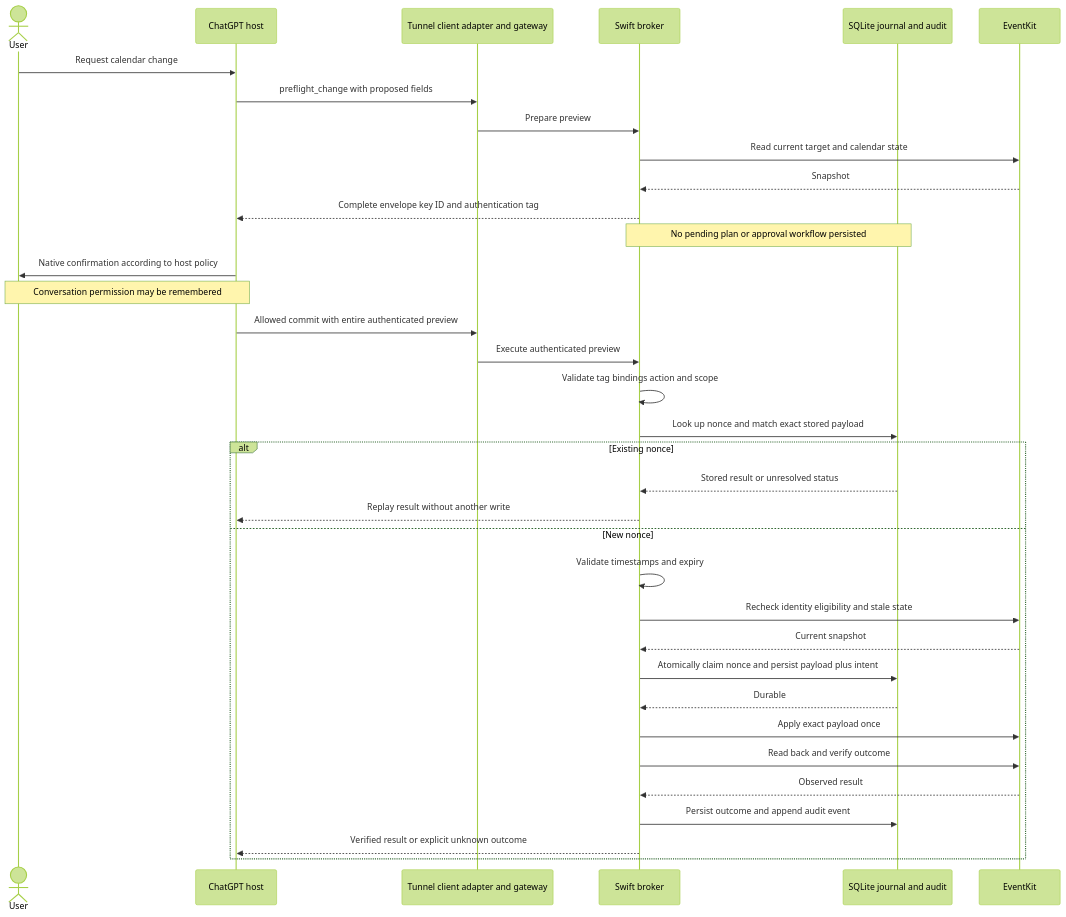
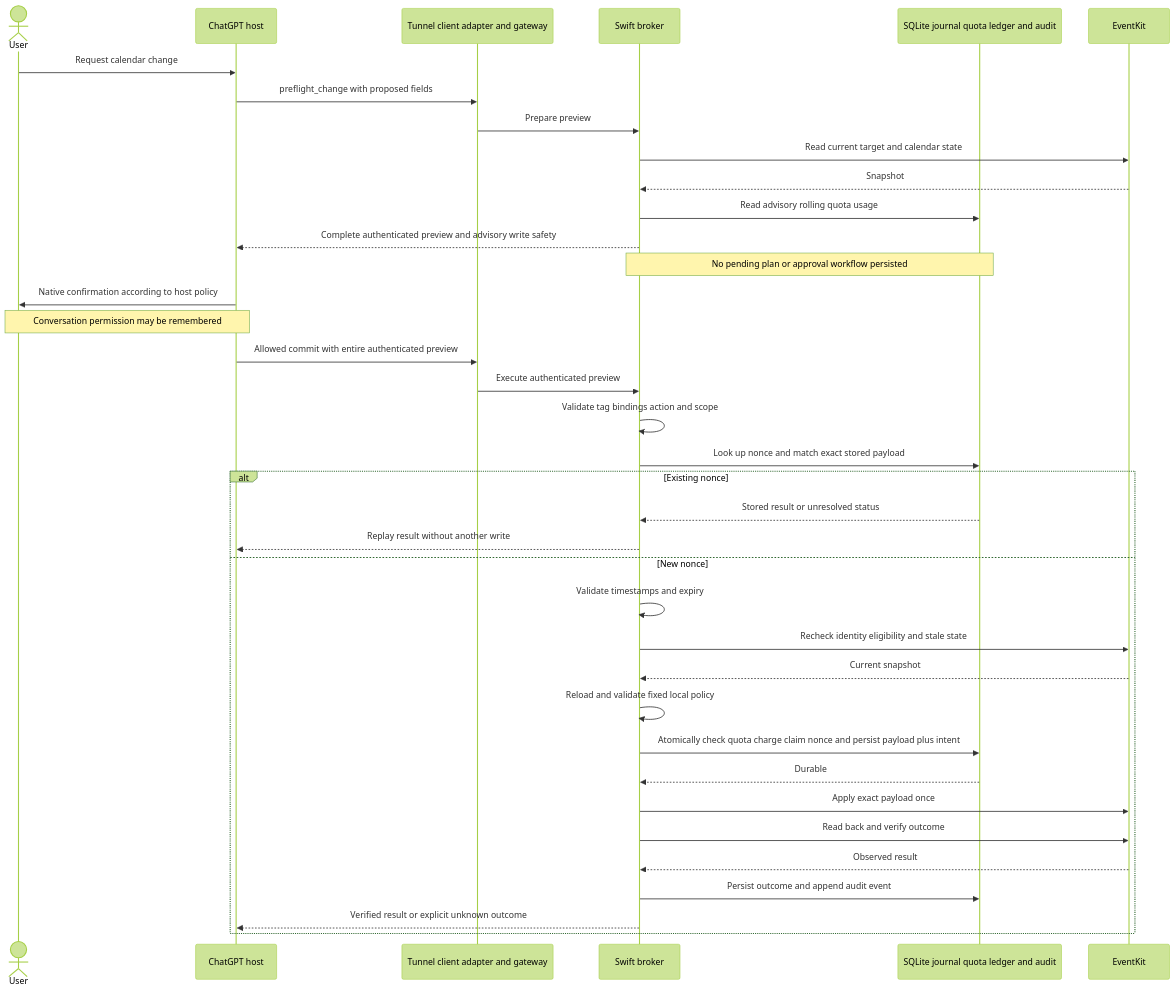
Before and after one commit to rmilkowski/icloud-calendar-mcp: the second of 3 diagrams in docs/architecture.md, drawn with Mermaid (forest theme). The commit also changed other lines of this file and 11 other files, not shown here.

````diff
--- a/docs/architecture.md
+++ b/docs/architecture.md
@@ -143,37 +169,39 @@
 ```mermaid
 sequenceDiagram
     actor User
     participant Host as ChatGPT host
     participant MCP as Tunnel client adapter and gateway
     participant Broker as Swift broker
-    participant DB as SQLite journal and audit
+    participant DB as SQLite journal quota ledger and audit
     participant EK as EventKit
     User->>Host: Request calendar change
     Host->>MCP: preflight_change with proposed fields
     MCP->>Broker: Prepare preview
     Broker->>EK: Read current target and calendar state
     EK-->>Broker: Snapshot
-    Broker-->>Host: Complete envelope key ID and authentication tag
+    Broker->>DB: Read advisory rolling quota usage
+    Broker-->>Host: Complete authenticated preview and advisory write safety
     Note over Broker,DB: No pending plan or approval workflow persisted
     Host->>User: Native confirmation according to host policy
     Note over User,Host: Conversation permission may be remembered
     Host->>MCP: Allowed commit with entire authenticated preview
     MCP->>Broker: Execute authenticated preview
     Broker->>Broker: Validate tag bindings action and scope
     Broker->>DB: Look up nonce and match exact stored payload
     alt Existing nonce
         DB-->>Broker: Stored result or unresolved status
         Broker-->>Host: Replay result without another write
     else New nonce
     Broker->>Broker: Validate timestamps and expiry
     Broker->>EK: Recheck identity eligibility and stale state
     EK-->>Broker: Current snapshot
-    Broker->>DB: Atomically claim nonce and persist payload plus intent
+    Broker->>Broker: Reload and validate fixed local policy
+    Broker->>DB: Atomically check quota charge claim nonce and persist payload plus intent
     DB-->>Broker: Durable
     Broker->>EK: Apply exact payload once
     Broker->>EK: Read back and verify outcome
     EK-->>Broker: Observed result
     Broker->>DB: Persist outcome and append audit event
     Broker-->>Host: Verified result or explicit unknown outcome
     end
 ```
````
